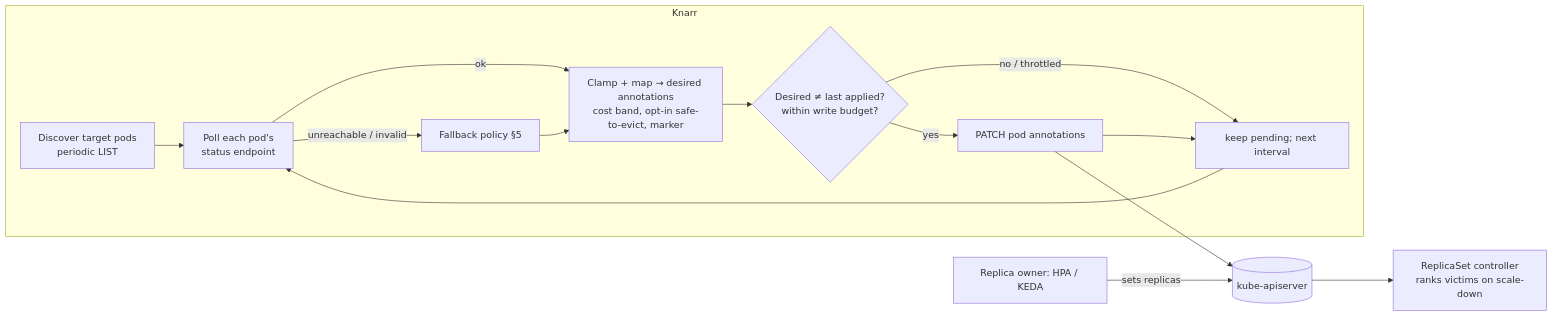
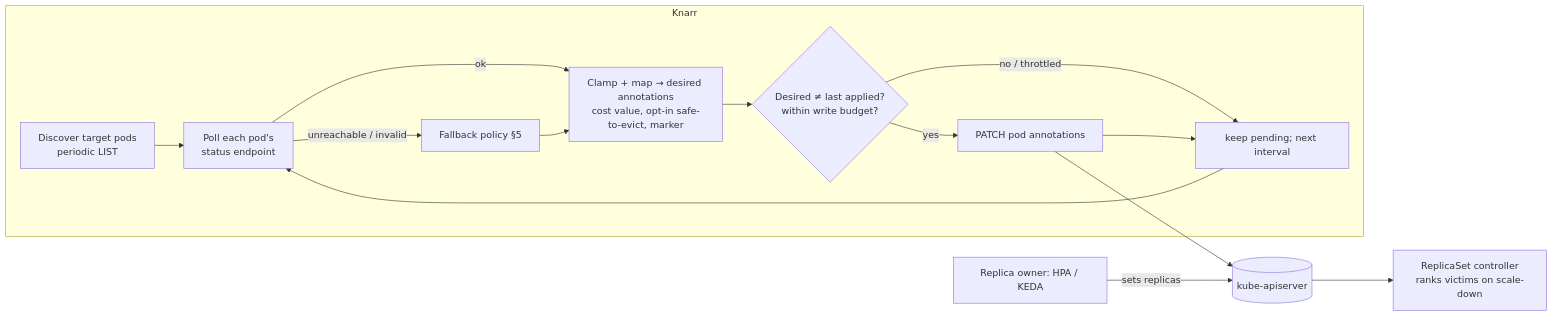
Before and after one commit to steven-cutting/knarr: the third of 10 diagrams in docs/OVERVIEW.md, drawn with Mermaid. The commit also changed other lines of this file and 16 other files, not shown here.

````diff
--- a/docs/OVERVIEW.md
+++ b/docs/OVERVIEW.md
@@ -141,17 +141,17 @@
 ```mermaid
 flowchart LR
     subgraph Knarr
       D[Discover target pods<br/>periodic LIST] --> P[Poll each pod's<br/>status endpoint]
-      P -- ok --> M[Clamp + map → desired annotations<br/>cost band, opt-in safe-to-evict, marker]
+      P -- ok --> M[Clamp + map → desired annotations<br/>cost value, opt-in safe-to-evict, marker]
       P -- unreachable / invalid --> F[Fallback policy §5]
       F --> M
       M --> R{Desired ≠ last applied?<br/>within write budget?}
       R -- yes --> W[PATCH pod annotations]
       R -- no / throttled --> N[keep pending; next interval]
       W --> N
       N --> P
     end
     W --> API[(kube-apiserver)]
     API --> RS[ReplicaSet controller<br/>ranks victims on scale-down]
     O["Replica owner: HPA / KEDA"] -- sets replicas --> API
 ```
````
